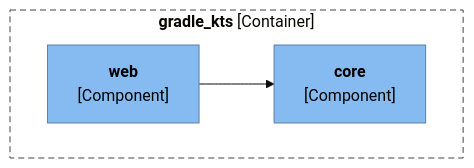
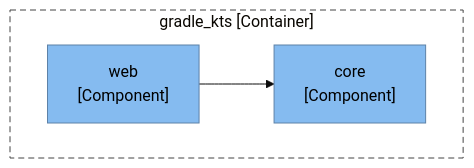
Before and after one commit to ythalorossy/architecture-skills: the second of 3 diagrams in tests/golden/gradle_kts/output/ArchitectureReport.md, drawn with Mermaid (base theme). The commit also changed other lines of this file and 51 other files, not shown here.

First line of the commit message:
fix(render): plain diagram labels keep the characters in code names

````diff
--- a/tests/golden/gradle_kts/output/ArchitectureReport.md
+++ b/tests/golden/gradle_kts/output/ArchitectureReport.md
@@ -53,18 +52,16 @@
 ```mermaid
 flowchart TB
-    subgraph boundary["`**gradle_kts** [Container]`"]
-        core["`**core**
-[Component]`"]
-        web["`**web**
-[Component]`"]
+    subgraph boundary["gradle_kts [Container]"]
+        core["core<br/>[Component]"]
+        web["web<br/>[Component]"]
     end
     web --> core
     classDef person fill:#08427b,stroke:#052e56,color:#ffffff
     classDef container fill:#1168bd,stroke:#0b4884,color:#ffffff
     classDef system fill:#1168bd,stroke:#0b4884,color:#ffffff
     classDef component fill:#85bbf0,stroke:#5d82a8,color:#000000
     classDef external fill:#999999,stroke:#6b6b6b,color:#ffffff
     classDef shared fill:#dbe9f6,stroke:#5d82a8,color:#000000,stroke-dasharray:4 3
     class core,web component
     style boundary fill:none,stroke:#444444,stroke-dasharray:6 4
 ```
````
